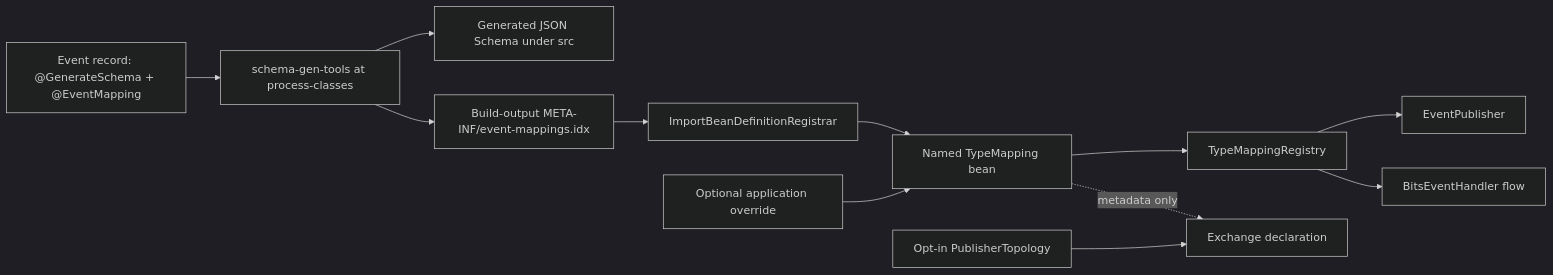
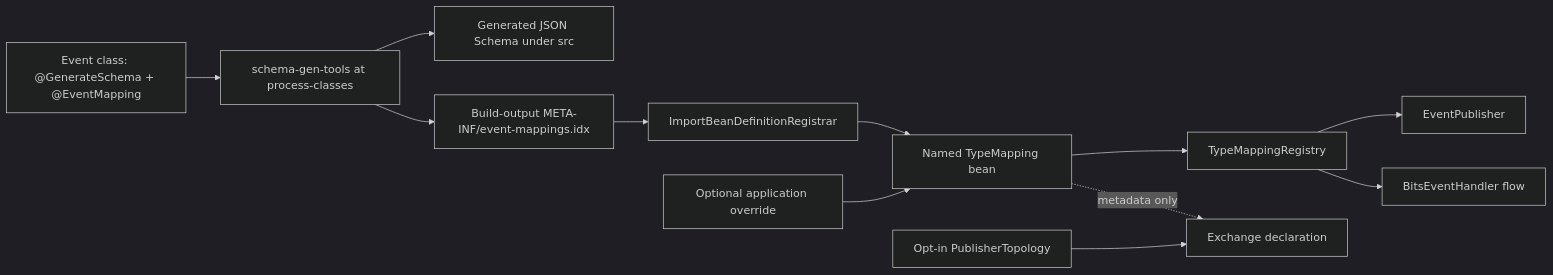
Before and after one commit to anarefin/schema-registry-demo: the diagram in spec/13-annotation-driven-event-mappings.md, drawn with Mermaid (dark theme). The commit also changed other lines of this file and 108 other files, not shown here.

Commit message:
refactor: Transition event contracts from records to immutable classes

````diff
--- a/spec/13-annotation-driven-event-mappings.md
+++ b/spec/13-annotation-driven-event-mappings.md
@@ -181,14 +181,14 @@
 ```mermaid
 flowchart LR
-    EventRecord["Event record: @GenerateSchema + @EventMapping"] --> BuildTool["schema-gen-tools at process-classes"]
+    EventClass["Event class: @GenerateSchema + @EventMapping"] --> BuildTool["schema-gen-tools at process-classes"]
     BuildTool --> SchemaFile["Generated JSON Schema under src"]
     BuildTool --> EventIndex["Build-output META-INF/event-mappings.idx"]
     EventIndex --> Registrar["ImportBeanDefinitionRegistrar"]
     Registrar --> MappingBean["Named TypeMapping bean"]
     AppOverride["Optional application override"] --> MappingBean
     MappingBean --> CoreRegistry[TypeMappingRegistry]
     CoreRegistry --> Publisher[EventPublisher]
     CoreRegistry --> Consumer[BitsEventHandler flow]
     PublisherTopology["Opt-in PublisherTopology"] --> ExchangeDeclaration["Exchange declaration"]
     MappingBean -.->|"metadata only"| ExchangeDeclaration
 ```
````
